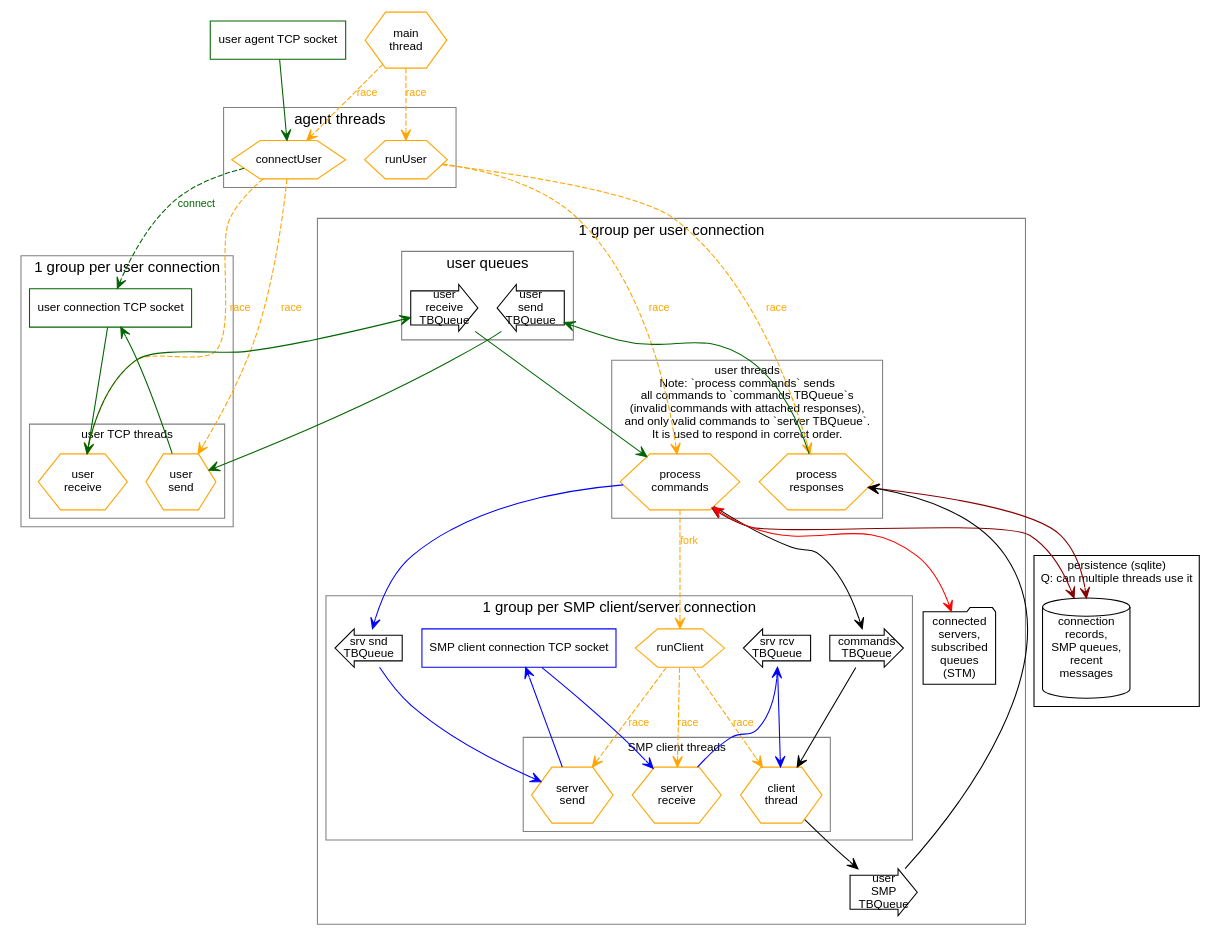
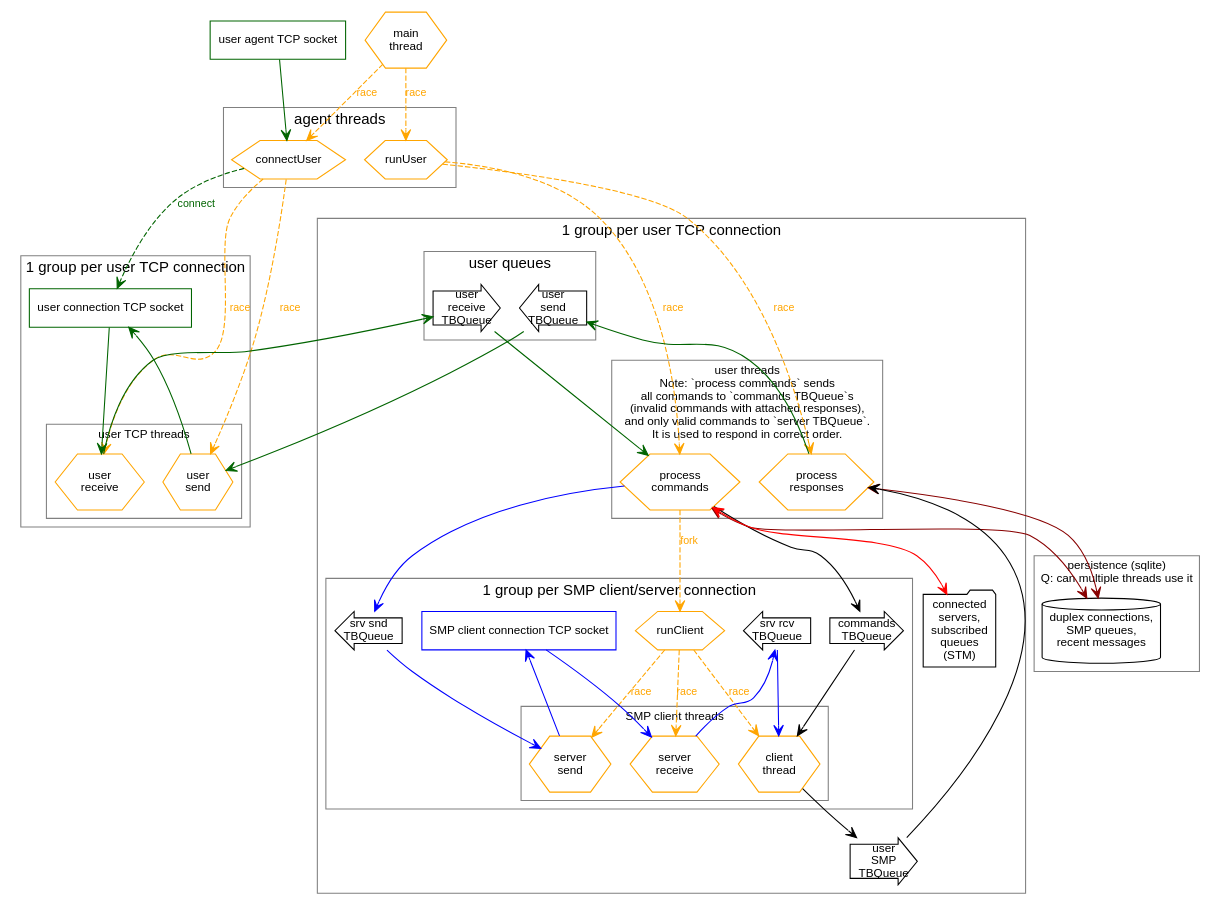
The diagram in design/agent2.gv (simplex-chat/simplexmq), drawn with Graphviz before and after one commit.

Commit message:
update diagram

```diff
--- a/design/agent2.gv
+++ b/design/agent2.gv
@@ -1,103 +1,103 @@
 digraph SMPAgent {
   graph [fontname=arial]
   node [fontname=arial fontsize=11 shape=box]
   edge [fontname=arial fontsize=10 arrowhead=open arrowtail=open]
 
   main [shape=hexagon color=orange label="main\nthread"]
   aSock [label="user agent TCP socket" color=darkgreen]
 
   subgraph clusterPersistence {
-    graph [fontsize=11]
+    graph [fontsize=11 color=gray]
     label="persistence (sqlite)\nQ: can multiple threads use it"
-    connectionsStore [shape=cylinder label="connection\nrecords,\nSMP queues,\nrecent\nmessages"]
+    connectionsStore [shape=cylinder label="duplex connections,\nSMP queues,\nrecent messages"]
   }
 
   subgraph clusterAgent {
     graph [color=gray]
     node [shape=hexagon color=orange]
     label="agent threads" 
     connectUser
     runUser
   }
 
   main -> {runUser connectUser} [style=dashed label="race" color=orange fontcolor=orange]
   aSock -> connectUser [color=darkgreen]
 
   subgraph clusterUserTCP {
     graph [color=gray]
-    label="1 group per user connection"
+    label="1 group per user TCP connection"
     uSock [label="user connection TCP socket" color=darkgreen]
 
     subgraph clusterUserTCPThreads {
       graph [fontsize=11 color=gray]
       label="user TCP threads"
       node [shape=hexagon, color=orange]
       uRcv [label="user\nreceive"]
       uSnd [label="user\nsend"]
     }
 
     uSock -> uRcv [color=darkgreen]
     uSnd -> uSock [color=darkgreen]
   }
 
   subgraph clusterUser {
     graph [color=gray]
-    label="1 group per user connection"
+    label="1 group per user TCP connection"
 
     subgraph clusterUserInterface {
       label="user queues"
       uInq [shape=rarrow label="user\nreceive\nTBQueue"]
       uOutq [shape=larrow label="user\nsend\nTBQueue"]
     }
 
     subgraph clusterUserThreads {
       graph [fontsize=11 color=gray]
       label="user threads\nNote: `process commands` sends\nall commands to `commands TBQueue`s\n(invalid commands with attached responses),\nand only valid commands to `server TBQueue`.\nIt is used to respond in correct order."
       node [shape=hexagon, color=orange]
       uAgent [label="process\ncommands"]
       uProcess [label="process\nresponses"]
     }
 
     uRcv -> uInq -> uAgent [color=darkgreen]
     uProcess -> uOutq -> uSnd [color=darkgreen]
 
     subgraph clusterClient {
       graph [color=gray]
       label="1 group per SMP client/server connection"
       runClient [shape=hexagon, color=orange]
       sOutq [shape=larrow label="srv snd\nTBQueue"]
       iInq [shape=larrow  label="srv rcv\nTBQueue"]
       sCmdq [shape=rarrow label="commands\nTBQueue"]
       sSock [label="SMP client connection TCP socket" color=blue]
 
       subgraph clusterServerThreads {
         graph [fontsize=11 color=gray]
         label="SMP client threads"
         node [shape=hexagon, color=orange]
         sAgent [label="client\nthread"]
         sRcv [label="server\nreceive"]
         sSnd [label="server\nsend"]
       }
 
       runClient -> {sAgent sRcv sSnd} [style=dashed label=race color=orange fontcolor=orange]
       sSock -> sRcv -> iInq -> sAgent [color=blue]
       uAgent -> sOutq -> sSnd -> sSock [color=blue]
     }
 
     uAgent -> userState [dir=both color=red]
     {uAgent uProcess} -> connectionsStore [dir=both color="#880000"]
 
     connectUser -> uSock [style=dashed label="connect" color=darkgreen fontcolor=darkgreen]
     connectUser -> {uRcv uSnd} [style=dashed label="race" color=orange fontcolor=orange]
     runUser -> {uAgent uProcess} [style=dashed label="race" color=orange fontcolor=orange]
 
     userState [label="connected\nservers,\nsubscribed\nqueues\n(STM)" shape="folder"]
     uRespq [shape=rarrow label="user\nSMP\nTBQueue"]
 
     uAgent -> sCmdq
     sCmdq -> sAgent
     sAgent -> uRespq -> uProcess
 
     uAgent -> runClient [style=dashed label="fork" color=orange fontcolor=orange]
   }
 }
```
